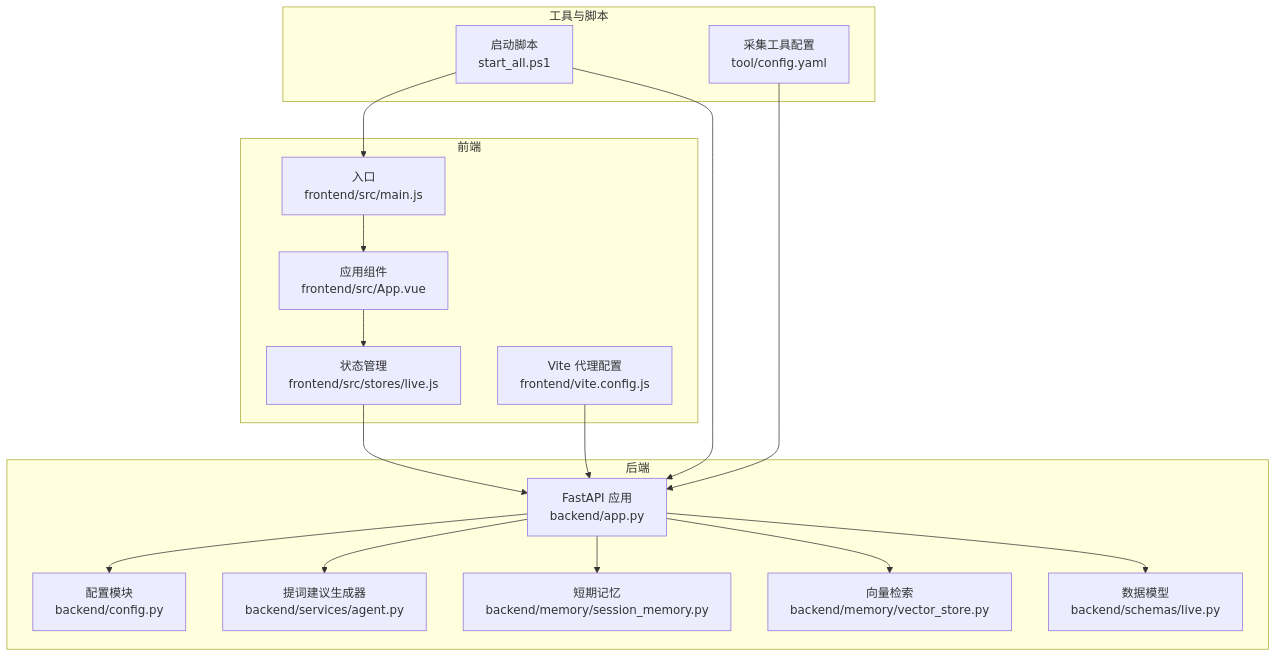
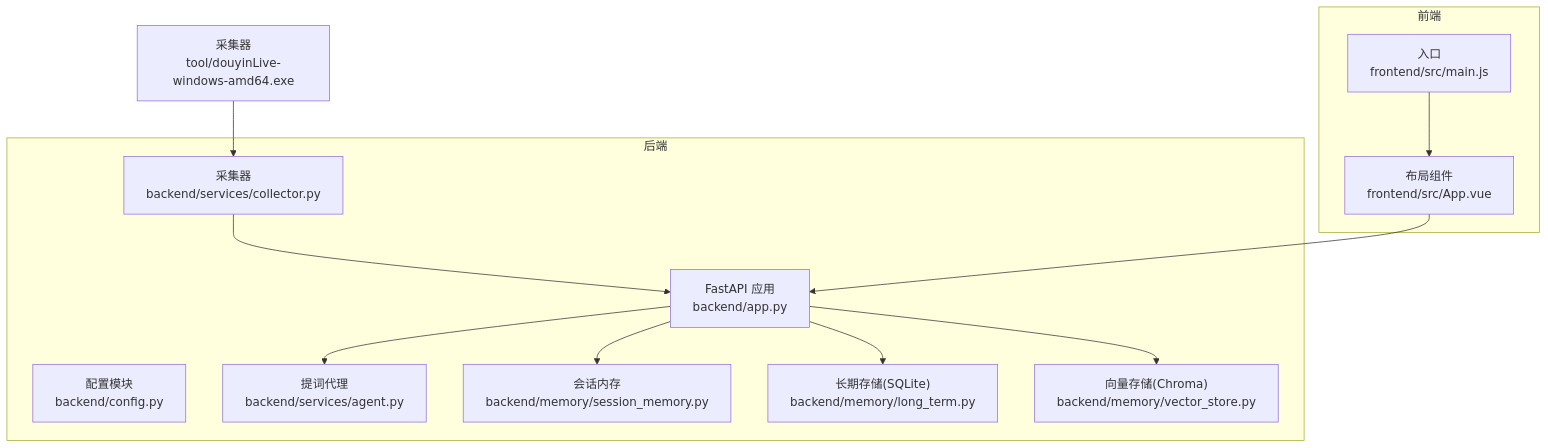
The first of 5 diagrams in .qoder/repowiki/zh/content/开发指南/开发指南.md (Moon-Force/DouYin_llm), drawn with Mermaid before and after one commit. The commit also changed other lines of this file and 218 other files, not shown here.

````diff
--- a/.qoder/repowiki/zh/content/开发指南/开发指南.md
+++ b/.qoder/repowiki/zh/content/开发指南/开发指南.md
@@ -56,33 +52,25 @@
 ```mermaid
 graph TB
 subgraph "后端"
 APP["FastAPI 应用<br/>backend/app.py"]
 CFG["配置模块<br/>backend/config.py"]
-AG["提词建议生成器<br/>backend/services/agent.py"]
-SM["短期记忆<br/>backend/memory/session_memory.py"]
-VMEM["向量检索<br/>backend/memory/vector_store.py"]
-SCHEMA["数据模型<br/>backend/schemas/live.py"]
+COL["采集器<br/>backend/services/collector.py"]
+AG["提词代理<br/>backend/services/agent.py"]
+SM["会话内存<br/>backend/memory/session_memory.py"]
+LTS["长期存储(SQLite)<br/>backend/memory/long_term.py"]
+VM["向量存储(Chroma)<br/>backend/memory/vector_store.py"]
 end
 subgraph "前端"
 MAIN["入口<br/>frontend/src/main.js"]
-APPVUE["应用组件<br/>frontend/src/App.vue"]
-STORE["状态管理<br/>frontend/src/stores/live.js"]
-VCFG["Vite 代理配置<br/>frontend/vite.config.js"]
+APPVUE["布局组件<br/>frontend/src/App.vue"]
 end
-subgraph "工具与脚本"
-START["启动脚本<br/>start_all.ps1"]
-TOOLCFG["采集工具配置<br/>tool/config.yaml"]
-end
+TOOL["采集器<br/>tool/douyinLive-windows-amd64.exe"]
+TOOL --> COL
+COL --> APP
+APP --> SM
+APP --> LTS
+APP --> VM
+APP --> AG
 MAIN --> APPVUE
-APPVUE --> STORE
-APP --> CFG
-APP --> AG
-APP --> SM
-APP --> VMEM
-APP --> SCHEMA
-STORE --> APP
-VCFG --> APP
-START --> APP
-START --> MAIN
-TOOLCFG --> APP
+APPVUE --> APP
 ```
````
